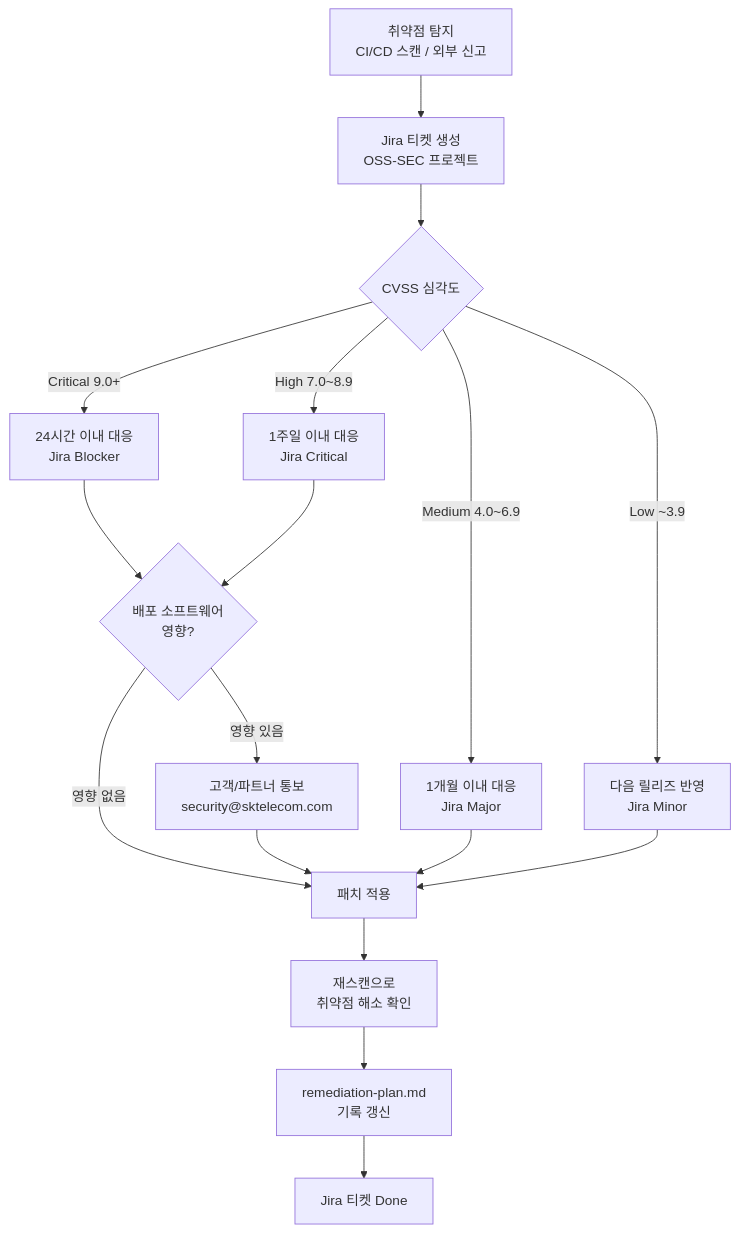
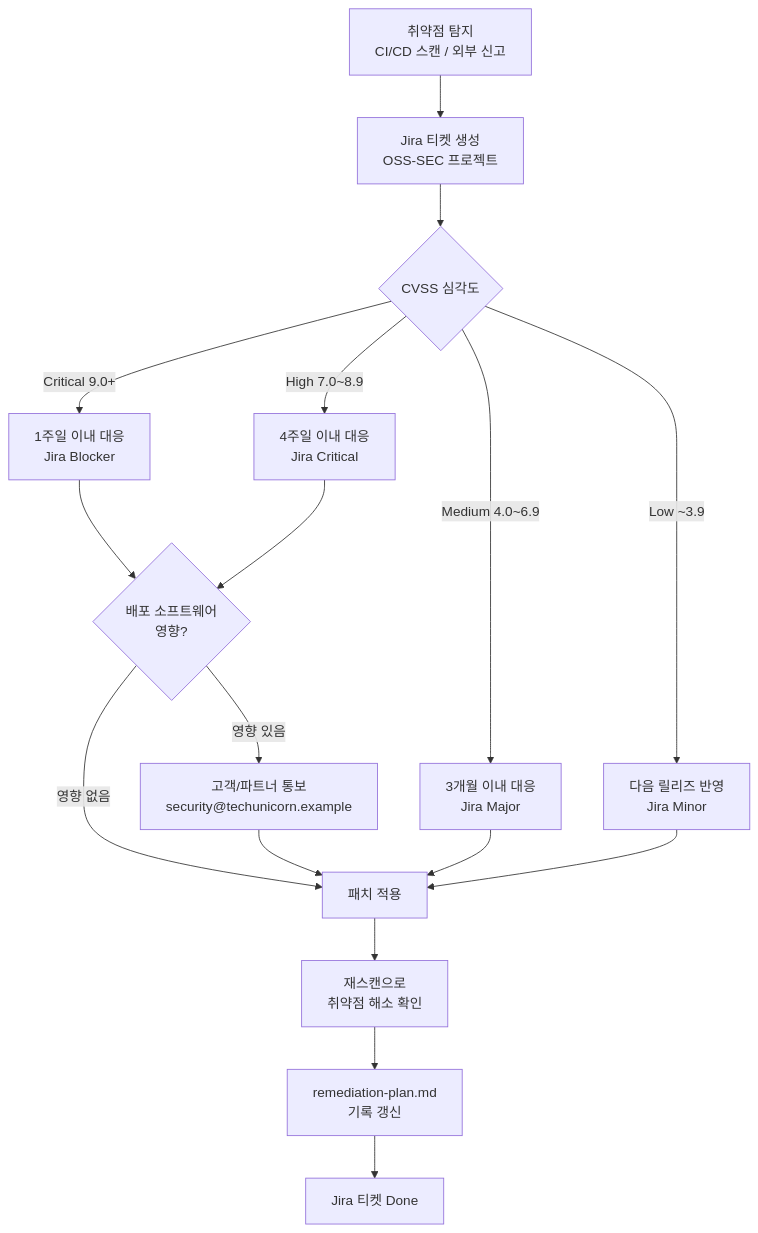
Before and after one commit to trustedoss/trustedoss-agents: the third of 4 diagrams in output-sample/process/process-diagram.md, drawn with Mermaid. The commit also changed other lines of this file and 54 other files, not shown here.

````diff
--- a/output-sample/process/process-diagram.md
+++ b/output-sample/process/process-diagram.md
@@ -62,19 +63,19 @@
 ```mermaid
 graph TD
     A[취약점 탐지\nCI/CD 스캔 / 외부 신고] --> B[Jira 티켓 생성\nOSS-SEC 프로젝트]
     B --> C{CVSS 심각도}
-    C -->|Critical 9.0+| D[24시간 이내 대응\nJira Blocker]
-    C -->|High 7.0~8.9| E[1주일 이내 대응\nJira Critical]
-    C -->|Medium 4.0~6.9| F[1개월 이내 대응\nJira Major]
+    C -->|Critical 9.0+| D[1주일 이내 대응\nJira Blocker]
+    C -->|High 7.0~8.9| E[4주일 이내 대응\nJira Critical]
+    C -->|Medium 4.0~6.9| F[3개월 이내 대응\nJira Major]
     C -->|Low ~3.9| G[다음 릴리즈 반영\nJira Minor]
     D --> H{배포 소프트웨어\n영향?}
     E --> H
-    H -->|영향 있음| I[고객/파트너 통보\nsecurity@sktelecom.com]
+    H -->|영향 있음| I[고객/파트너 통보\nsecurity@techunicorn.example]
     H -->|영향 없음| J[패치 적용]
     I --> J
     F --> J
     G --> J
     J --> K[재스캔으로\n취약점 해소 확인]
     K --> L[remediation-plan.md\n기록 갱신]
     L --> M[Jira 티켓 Done]
 ```
````
